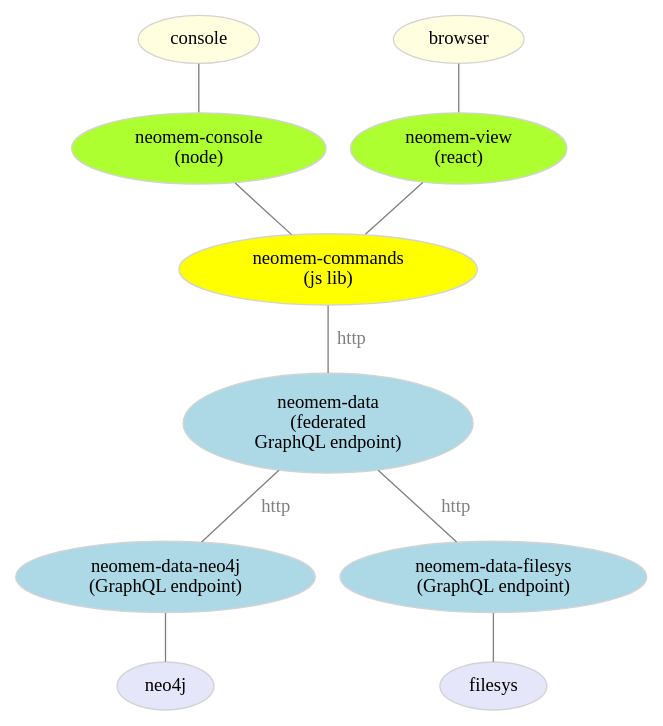
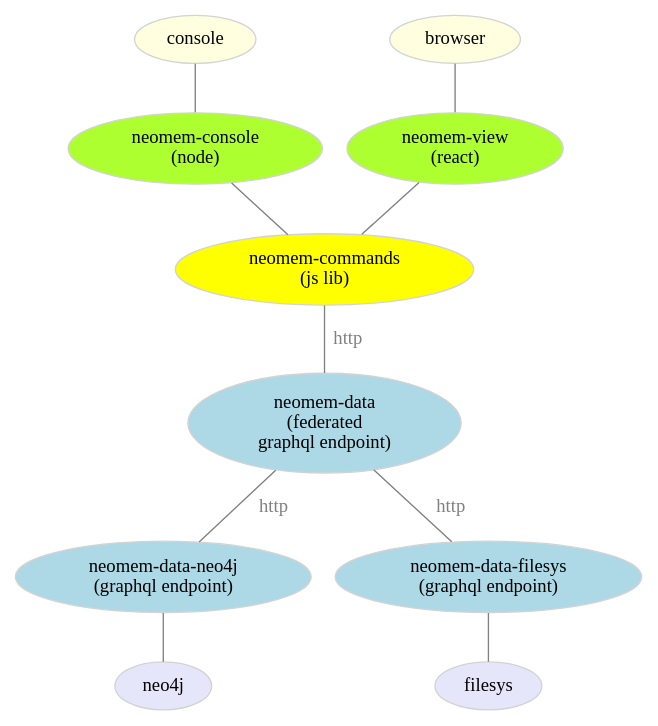
The diagram in docs/architecture2021-01-08.dot (bburns/neomem), drawn with Graphviz before and after one commit. The commit also changed 2 other files, not shown here.

Commit message:
work on neomem-data-json

```diff
--- a/docs/architecture2021-01-08.dot
+++ b/docs/architecture2021-01-08.dot
@@ -1,30 +1,30 @@
 graph "neomem" {
 
   // styles
   // rankdir=LR; // left-to-right
   node [ color=lightgray; fillcolor=lightblue; style=filled ]; // default
   edge [ color=gray, fontcolor=gray ]; // default
 
   // nodes
   console [ fillcolor=lightyellow ];
   browser [ fillcolor=lightyellow ];
   neomemView [ label="neomem-view\n(react)"; fillcolor=greenyellow ];
   neomemConsole [label="neomem-console\n(node)"; fillcolor=greenyellow ];
   neomemCommands [label="neomem-commands\n(js lib)"; fillcolor=yellow ];
-  neomemData [label="neomem-data\n(federated\nGraphQL endpoint)"];
-  neomemDataNeo4j [label="neomem-data-neo4j\n(GraphQL endpoint)"];
-  neomemDataFilesys [label="neomem-data-filesys\n(GraphQL endpoint)"];
+  neomemData [label="neomem-data\n(federated\ngraphql endpoint)"];
+  neomemDataNeo4j [label="neomem-data-neo4j\n(graphql endpoint)"];
+  neomemDataFilesys [label="neomem-data-filesys\n(graphql endpoint)"];
   neo4j [ fillcolor=lavender ];
   filesys [ fillcolor=lavender ];
 
   // edges
   browser -- neomemView;
   console -- neomemConsole;
   neomemView -- neomemCommands;
   neomemConsole -- neomemCommands;
   neomemCommands -- neomemData [ label=" http" ];
   neomemData -- neomemDataNeo4j [ label="  http" ];
   neomemData -- neomemDataFilesys [  label="  http" ];
   neomemDataNeo4j -- neo4j;
   neomemDataFilesys -- filesys;
 }
```
